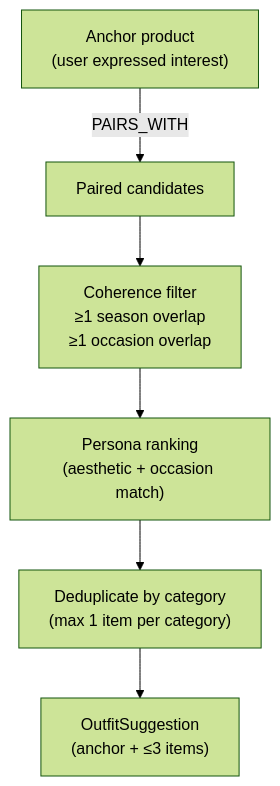
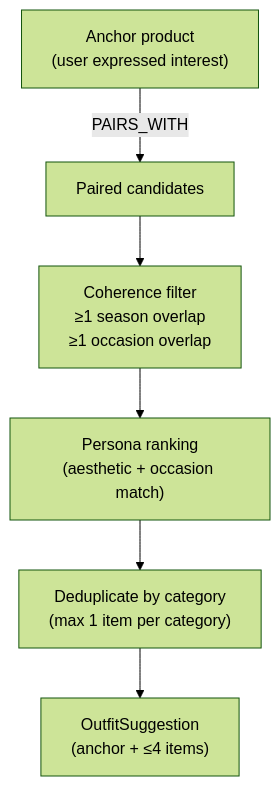
One commit to Collaboration95/stylemind changed the fourth of 4 diagrams in README.md. Above: the diagram before and after it, drawn with Mermaid (forest theme). The commit also changed other lines of this file and 2 other files, not shown here.

First line of the commit message:
fix: align Extraction LLM docs to Groq, fix outfit count, fix Langfuse default host

````diff
--- a/README.md
+++ b/README.md
@@ -122,8 +122,8 @@
 ```mermaid
 flowchart TD
     Anchor["Anchor product\n(user expressed interest)"] -->|"PAIRS_WITH"| Candidates["Paired candidates"]
     Candidates --> Filter["Coherence filter\n≥1 season overlap\n≥1 occasion overlap"]
     Filter --> Rank["Persona ranking\n(aesthetic + occasion match)"]
     Rank --> Dedup["Deduplicate by category\n(max 1 item per category)"]
-    Dedup --> Outfit["OutfitSuggestion\n(anchor + ≤3 items)"]
+    Dedup --> Outfit["OutfitSuggestion\n(anchor + ≤4 items)"]
 ```
````
